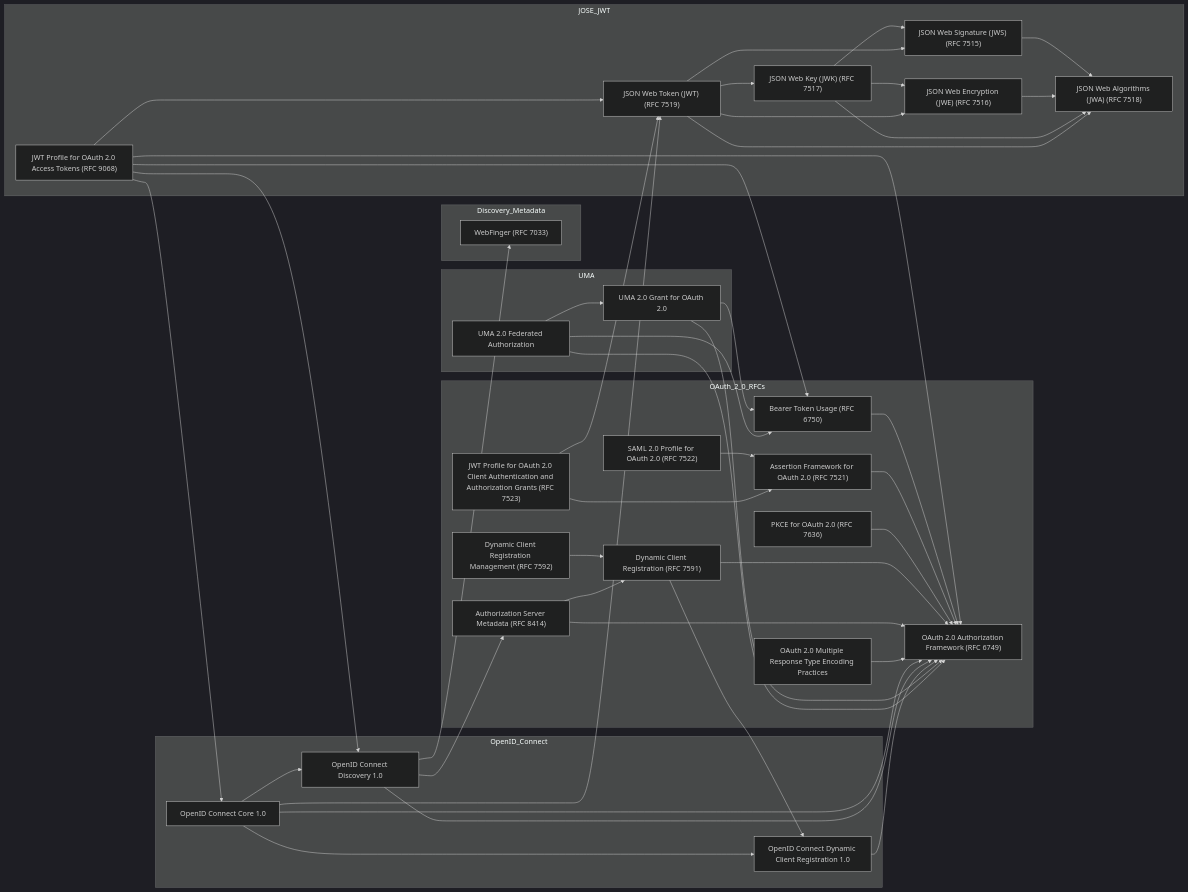
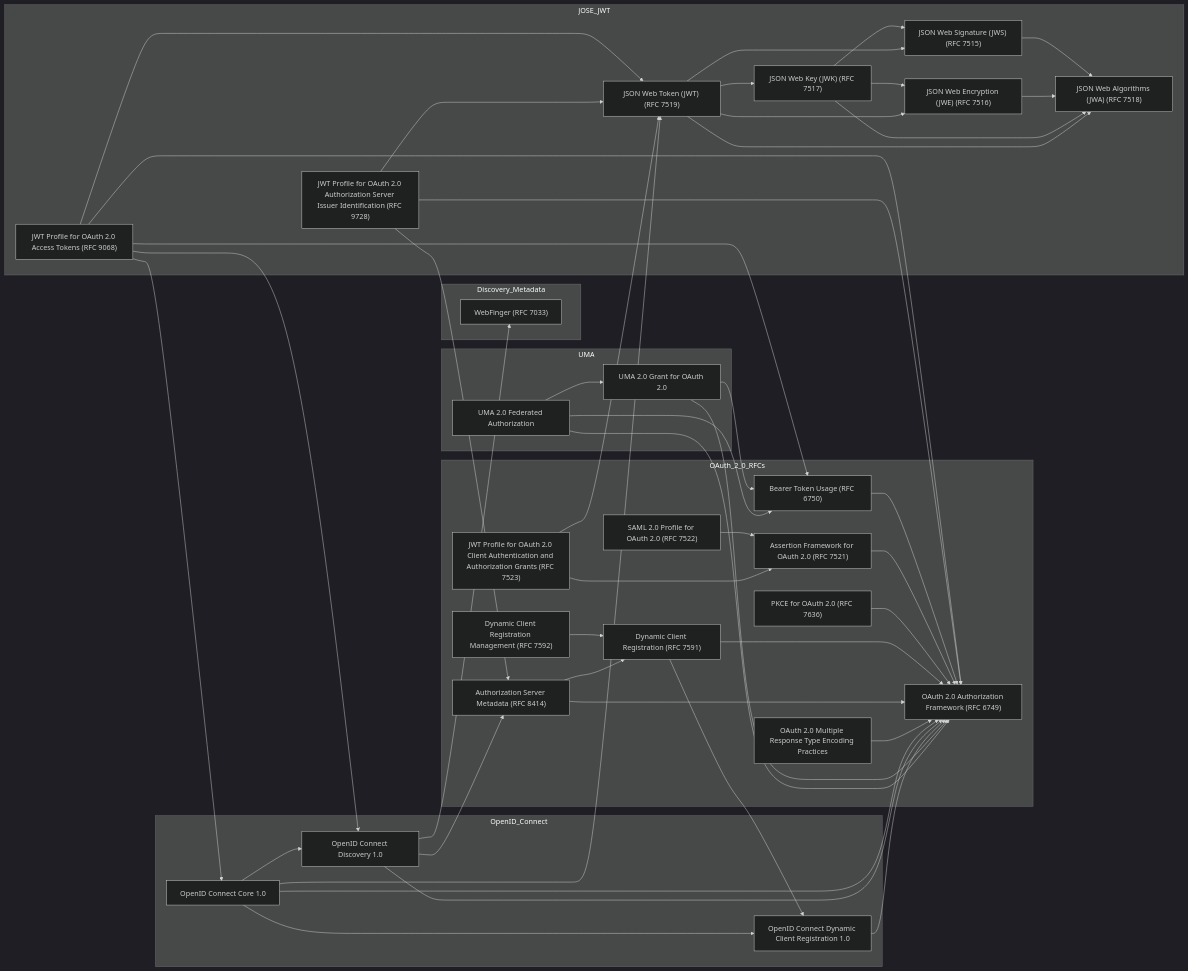
Before and after one commit to ryanspletzer/oidc-oauth-spec-graph: the diagram in graph.md, drawn with Mermaid (dark theme). The commit also changed 1 other file, not shown here.

Commit message:
Adds RFC 9728 for OAuth issuer identification
Includes RFC 9728 which defines JWT profile for OAuth 2.0 authorization server issuer identification to prevent mix-up attacks by requiring issuer identification in JWT responses.

Establishes dependencies on OAuth 2.0 core framework, authorization server metadata, and JWT specifications to show how this security enhancement integrates with existing OAuth infrastructure.

```diff
--- a/graph.md
+++ b/graph.md
@@ -32,6 +32,7 @@
     RFC7518["JSON Web Algorithms (JWA) (RFC 7518)"]
     RFC7519["JSON Web Token (JWT) (RFC 7519)"]
     RFC9068["JWT Profile for OAuth 2.0 Access Tokens (RFC 9068)"]
+    RFC9728["JWT Profile for OAuth 2.0 Authorization Server Issuer Identification (RFC 9728)"]
   end
 
   %% --- Discovery / Metadata ---
@@ -94,6 +95,10 @@
   RFC9068 --> OIDC_Core
   RFC9068 --> OIDC_Discovery
 
+  RFC9728 --> RFC6749
+  RFC9728 --> RFC8414
+  RFC9728 --> RFC7519
+
   %% ---- Edges: UMA depending on OAuth / JWT ----
   UMA_Grant --> RFC6749
   UMA_Grant --> RFC6750
@@ -121,6 +126,7 @@
   click RFC7518 "https://datatracker.ietf.org/doc/html/rfc7518" "JSON Web Algorithms (JWA) (RFC 7518)"
   click RFC7519 "https://datatracker.ietf.org/doc/html/rfc7519" "JSON Web Token (JWT) (RFC 7519)"
   click RFC9068 "https://datatracker.ietf.org/doc/html/rfc9068" "JWT Profile for OAuth 2.0 Access Tokens (RFC 9068)"
+  click RFC9728 "https://datatracker.ietf.org/doc/html/rfc9728" "JWT Profile for OAuth 2.0 Authorization Server Issuer Identification (RFC 9728)"
 
   click OIDC_Core "https://openid.net/specs/openid-connect-core-1_0.html" "OpenID Connect Core 1.0"
   click OIDC_Discovery "https://openid.net/specs/openid-connect-discovery-1_0.html" "OpenID Connect Discovery 1.0"
```
